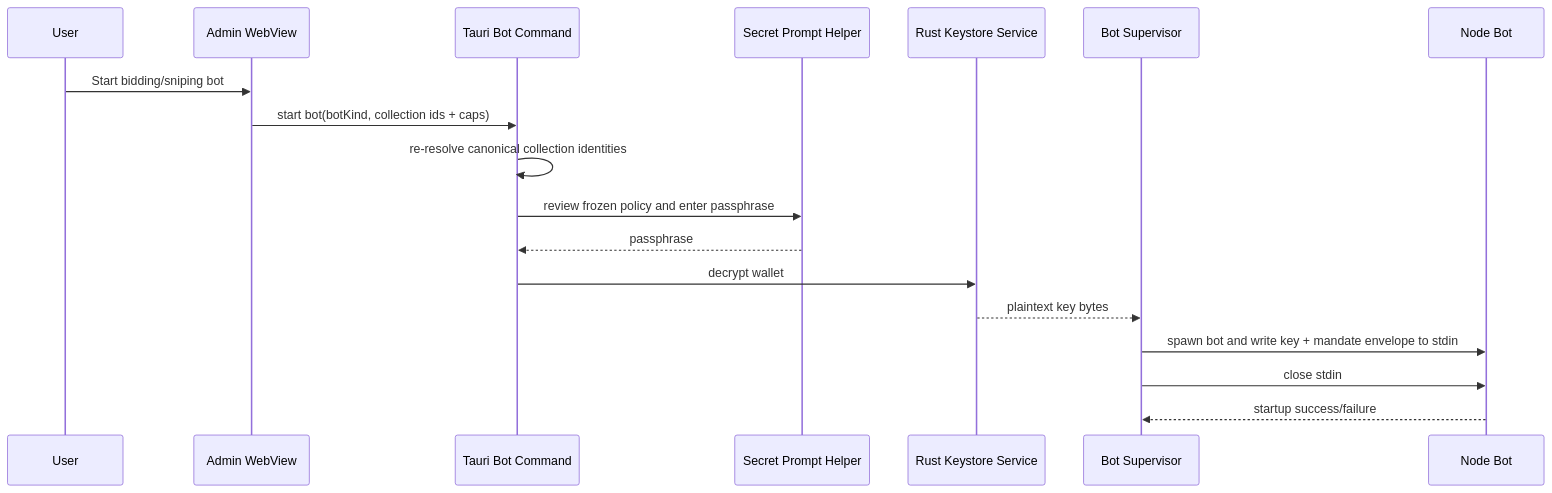
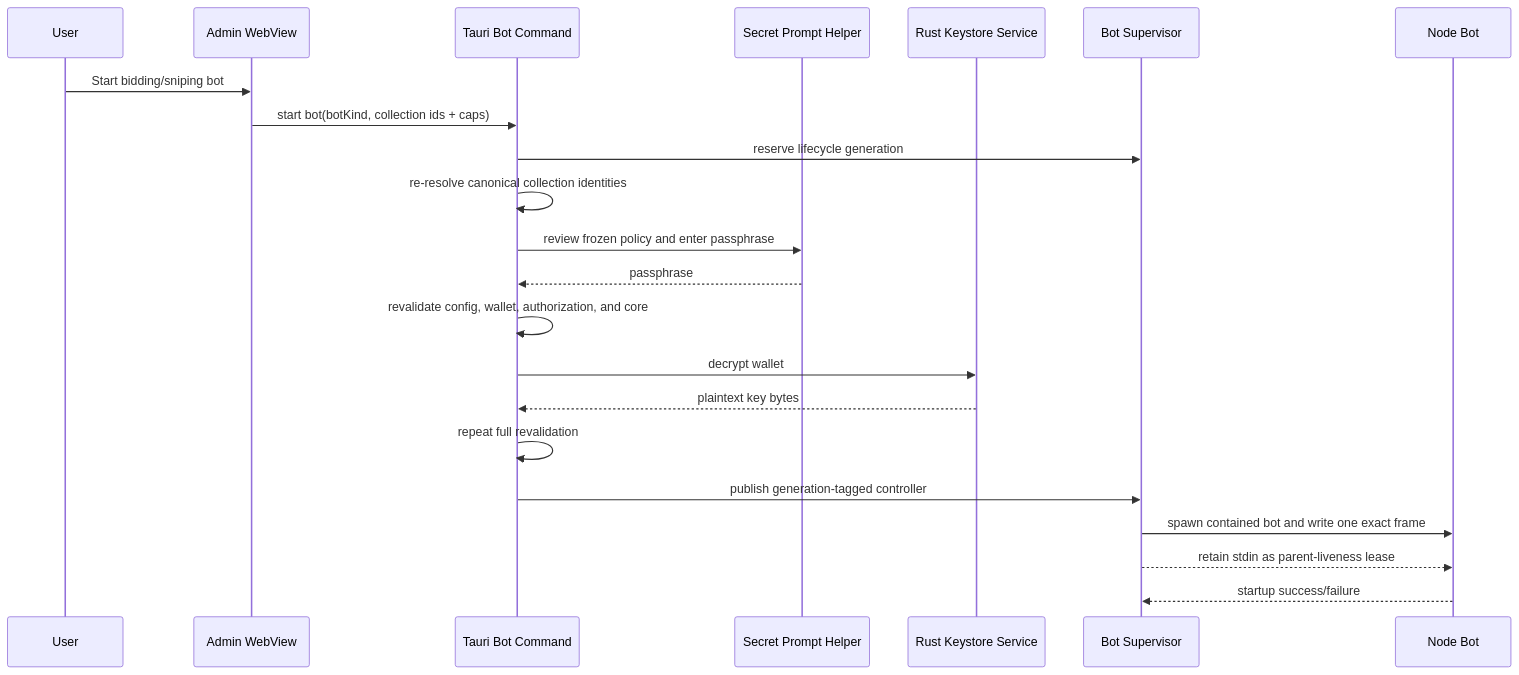
The fifth of 5 diagrams in docs/desktop/03-wallet-keystore-and-bot-unlock.md (d347h-eth/artgod), drawn with Mermaid before and after one commit. The commit also changed other lines of this file and 6 other files, not shown here.

````diff
--- a/docs/desktop/03-wallet-keystore-and-bot-unlock.md
+++ b/docs/desktop/03-wallet-keystore-and-bot-unlock.md
@@ -749,21 +783,25 @@
 ```mermaid
 sequenceDiagram
     participant U as User
     participant W as Admin WebView
     participant T as Tauri Bot Command
     participant P as Secret Prompt Helper
     participant K as Rust Keystore Service
     participant B as Bot Supervisor
     participant N as Node Bot
 
     U->>W: Start bidding/sniping bot
     W->>T: start bot(botKind, collection ids + caps)
+    T->>B: reserve lifecycle generation
     T->>T: re-resolve canonical collection identities
     T->>P: review frozen policy and enter passphrase
     P-->>T: passphrase
+    T->>T: revalidate config, wallet, authorization, and core
     T->>K: decrypt wallet
-    K-->>B: plaintext key bytes
-    B->>N: spawn bot and write key + mandate envelope to stdin
-    B->>N: close stdin
+    K-->>T: plaintext key bytes
+    T->>T: repeat full revalidation
+    T->>B: publish generation-tagged controller
+    B->>N: spawn contained bot and write one exact frame
+    B-->>N: retain stdin as parent-liveness lease
     N-->>B: startup success/failure
 ```
````
